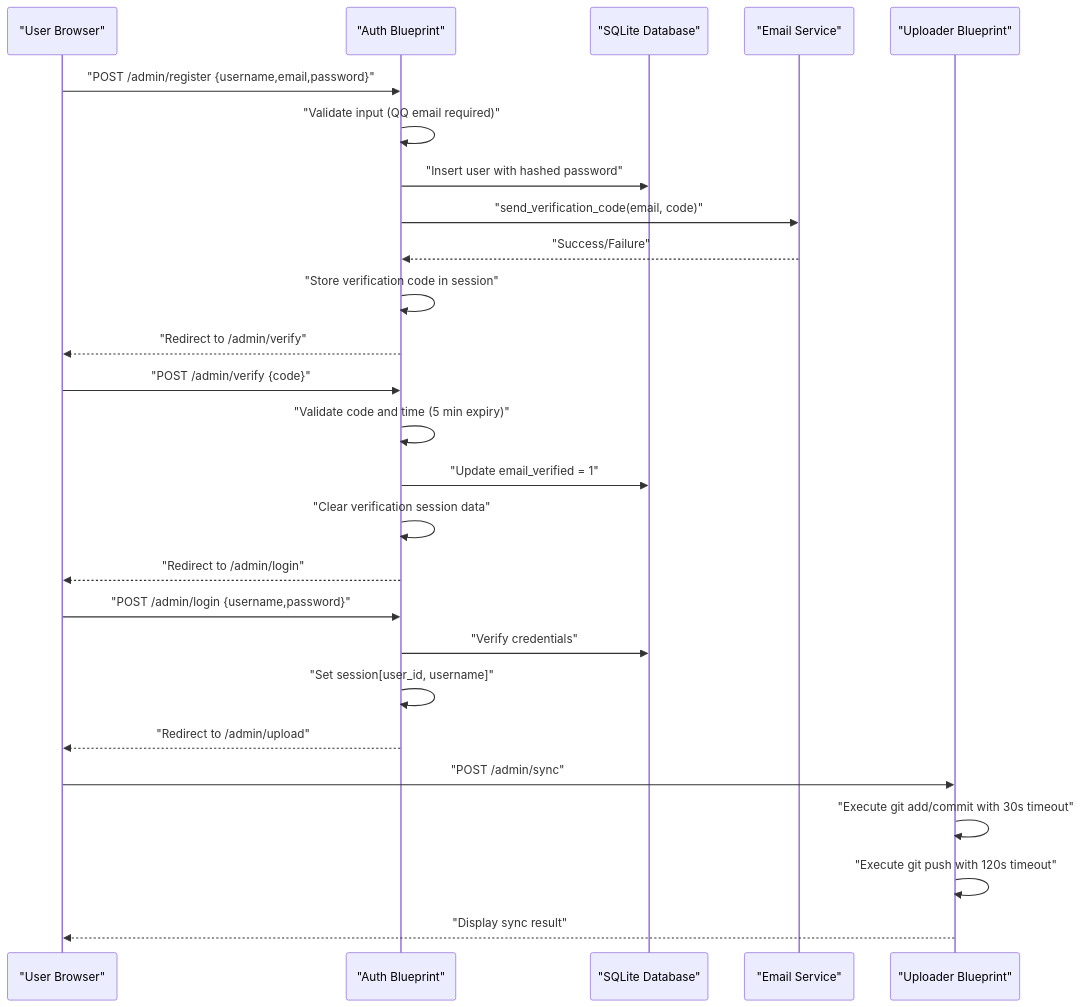
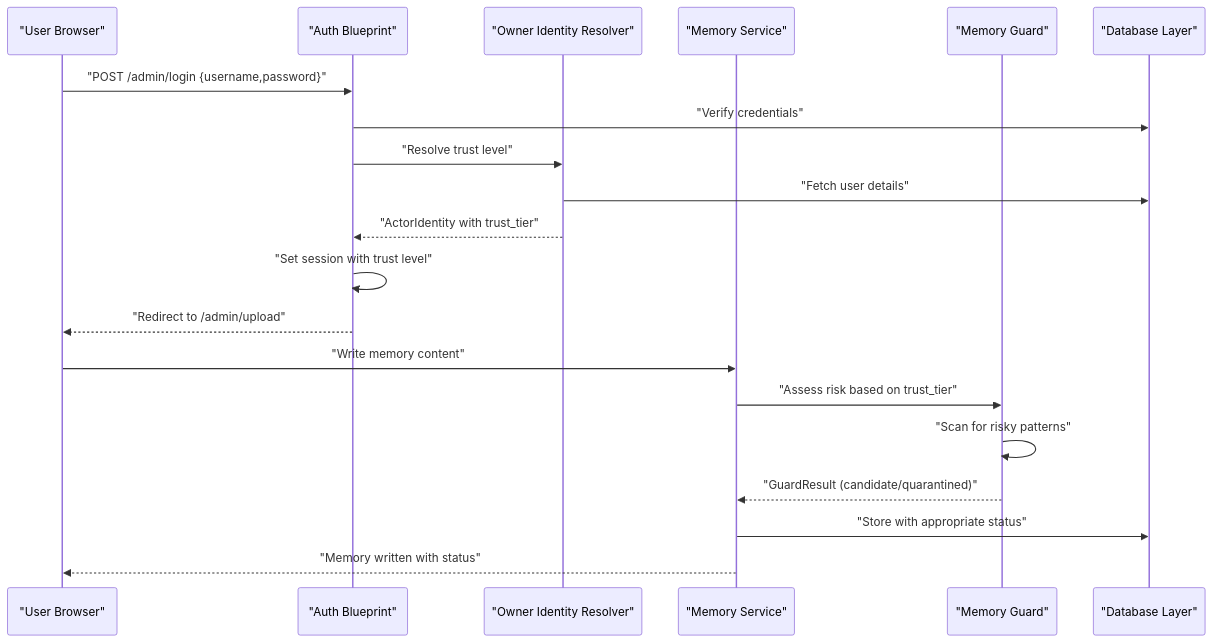
Before and after one commit to PolarisW007/PolaZhenJing: the second of 3 diagrams in .qoder/repowiki/en/content/Backend Application/Authentication System.md, drawn with Mermaid. The commit also changed other lines of this file and 333 other files, not shown here.

````diff
--- a/.qoder/repowiki/en/content/Backend Application/Authentication System.md
+++ b/.qoder/repowiki/en/content/Backend Application/Authentication System.md
@@ -105,28 +127,22 @@
 ```mermaid
 sequenceDiagram
 participant User as "User Browser"
 participant Auth as "Auth Blueprint"
-participant DB as "SQLite Database"
-participant Mailer as "Email Service"
-participant Uploader as "Uploader Blueprint"
-User->>Auth : "POST /admin/register {username,email,password}"
-Auth->>Auth : "Validate input (QQ email required)"
-Auth->>DB : "Insert user with hashed password"
-Auth->>Mailer : "send_verification_code(email, code)"
-Mailer-->>Auth : "Success/Failure"
-Auth->>Auth : "Store verification code in session"
-Auth-->>User : "Redirect to /admin/verify"
-User->>Auth : "POST /admin/verify {code}"
-Auth->>Auth : "Validate code and time (5 min expiry)"
-Auth->>DB : "Update email_verified = 1"
-Auth->>Auth : "Clear verification session data"
-Auth-->>User : "Redirect to /admin/login"
+participant OwnerId as "Owner Identity Resolver"
+participant MemService as "Memory Service"
+participant Guard as "Memory Guard"
+participant DB as "Database Layer"
 User->>Auth : "POST /admin/login {username,password}"
 Auth->>DB : "Verify credentials"
-Auth->>Auth : "Set session[user_id, username]"
+Auth->>OwnerId : "Resolve trust level"
+OwnerId->>DB : "Fetch user details"
+OwnerId-->>Auth : "ActorIdentity with trust_tier"
+Auth->>Auth : "Set session with trust level"
 Auth-->>User : "Redirect to /admin/upload"
-User->>Uploader : "POST /admin/sync"
-Uploader->>Uploader : "Execute git add/commit with 30s timeout"
-Uploader->>Uploader : "Execute git push with 120s timeout"
-Uploader-->>User : "Display sync result"
+User->>MemService : "Write memory content"
+MemService->>Guard : "Assess risk based on trust_tier"
+Guard->>Guard : "Scan for risky patterns"
+Guard-->>MemService : "GuardResult (candidate/quarantined)"
+MemService->>DB : "Store with appropriate status"
+MemService-->>User : "Memory written with status"
 ```
````
